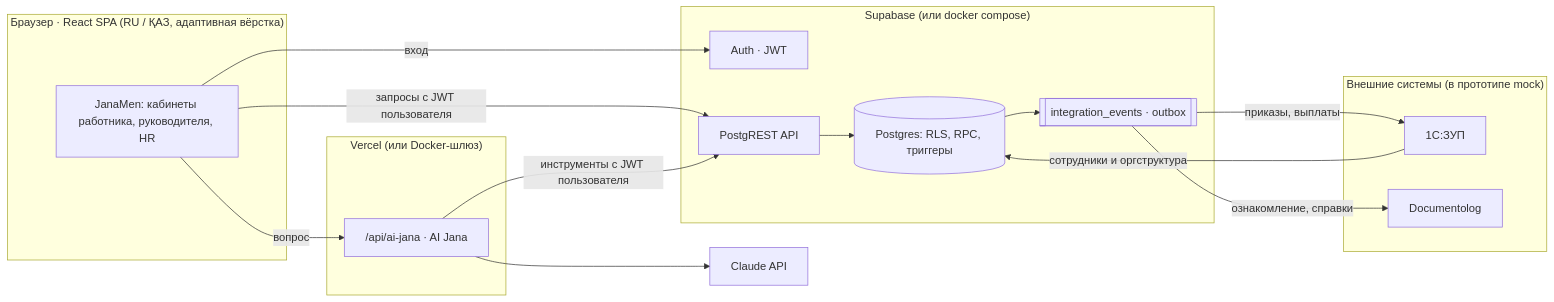
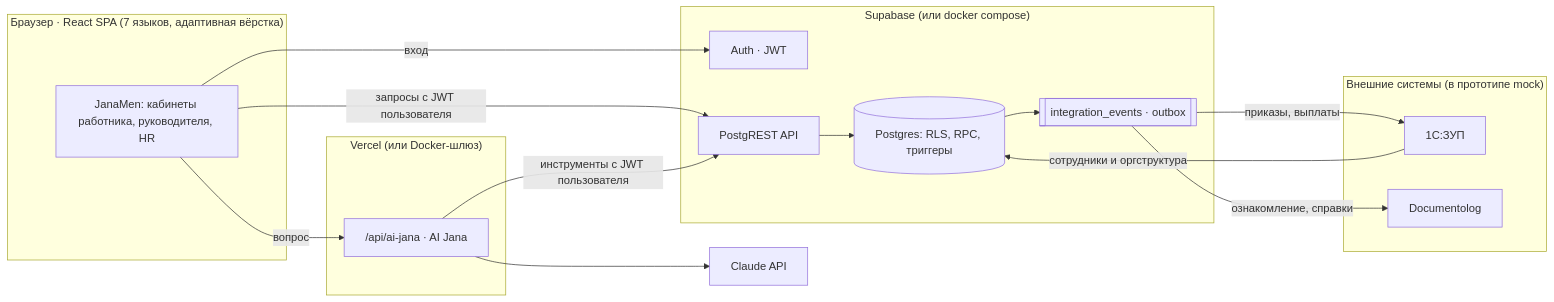
The diagram in README.md (mokydek/TerriconValleyDigitalHR), drawn with Mermaid before and after one commit. The commit also changed other lines of this file and 158 other files, not shown here.

````diff
--- a/README.md
+++ b/README.md
@@ -257,30 +258,30 @@
 ```mermaid
 flowchart LR
-  subgraph Browser["Браузер · React SPA (RU / ҚАЗ, адаптивная вёрстка)"]
+  subgraph Browser["Браузер · React SPA (7 языков, адаптивная вёрстка)"]
     UI["JanaMen: кабинеты работника, руководителя, HR"]
   end
   subgraph Edge["Vercel (или Docker-шлюз)"]
     FN["/api/ai-jana · AI Jana"]
   end
   subgraph SB["Supabase (или docker compose)"]
     AUTH["Auth · JWT"]
     REST["PostgREST API"]
     DB[("Postgres: RLS, RPC, триггеры")]
     OUT[["integration_events · outbox"]]
   end
   subgraph EXT["Внешние системы (в прототипе mock)"]
     ZUP["1С:ЗУП"]
     DOC["Documentolog"]
   end
   LLM["Claude API"]
 
   UI -->|вход| AUTH
   UI -->|запросы с JWT пользователя| REST --> DB
   UI -->|вопрос| FN
   FN -->|инструменты с JWT пользователя| REST
   FN --> LLM
   DB --> OUT
   OUT -->|приказы, выплаты| ZUP
   OUT -->|ознакомление, справки| DOC
   ZUP -->|сотрудники и оргструктура| DB
 ```
````
